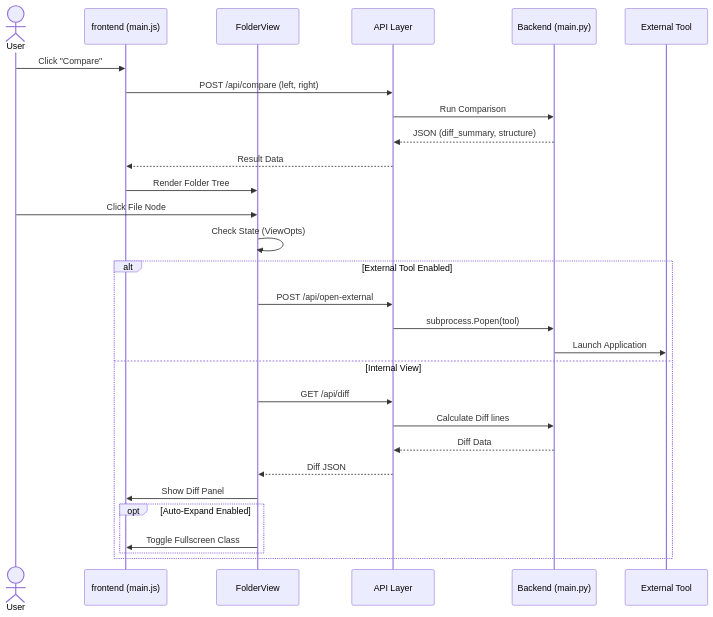
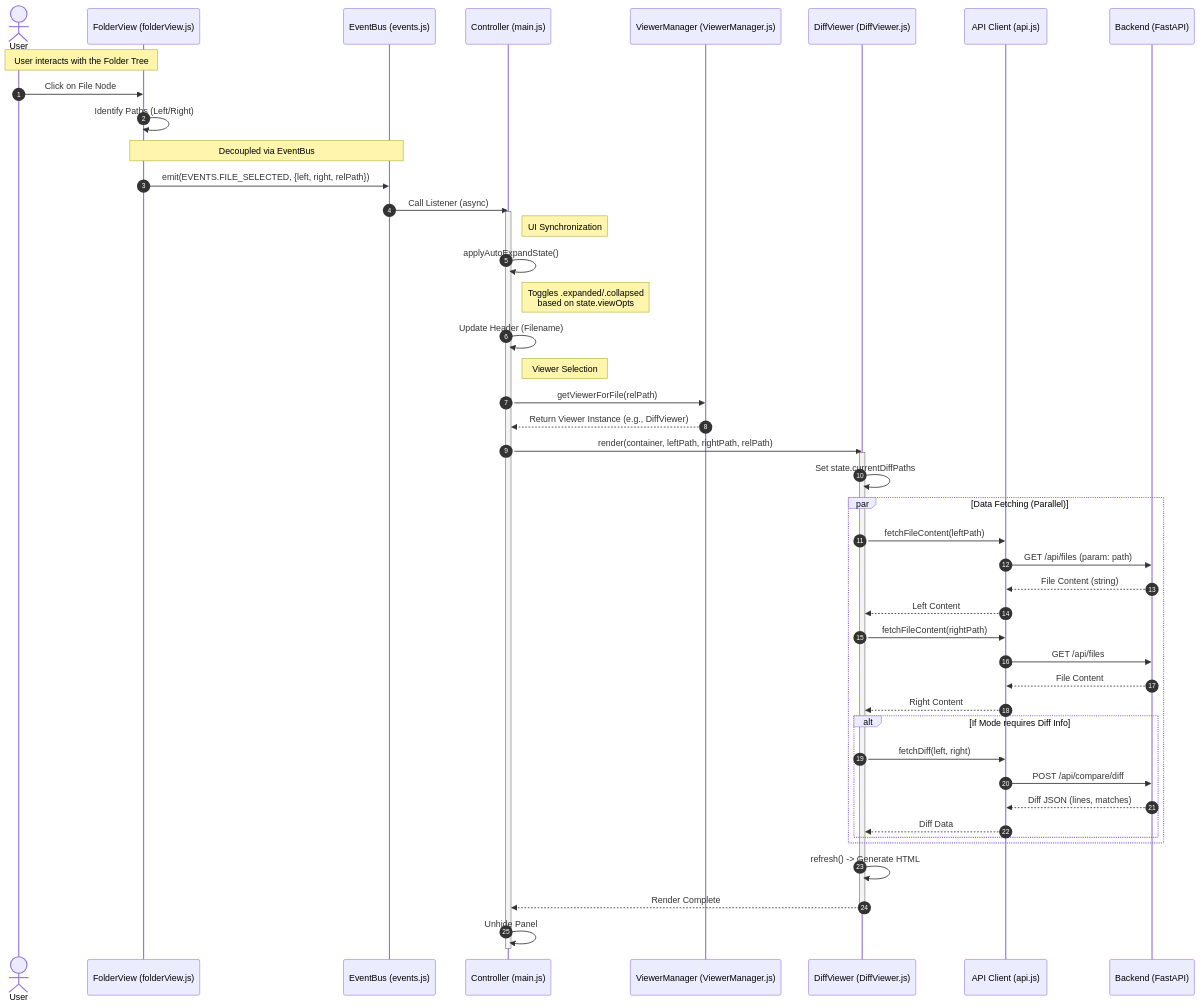
Before and after one commit to juitem/JFolderMerge: the first of 2 diagrams in docs/project_status.md, drawn with Mermaid. The commit also changed other lines of this file and 12 other files, not shown here.

````diff
--- a/docs/project_status.md
+++ b/docs/project_status.md
@@ -29,35 +29,65 @@
 ```mermaid
 sequenceDiagram
+    autonumber
+    
     actor User
-    participant UI as frontend (main.js)
-    participant FV as FolderView
-    participant API as API Layer
-    participant BE as Backend (main.py)
-    participant EXT as External Tool
+    participant FV as FolderView (folderView.js)
+    participant EB as EventBus (events.js)
+    participant Main as Controller (main.js)
+    participant VM as ViewerManager (ViewerManager.js)
+    participant DV as DiffViewer (DiffViewer.js)
+    participant API as API Client (api.js)
+    participant BE as Backend (FastAPI)
 
-    User->>UI: Click "Compare"
-    UI->>API: POST /api/compare (left, right)
-    API->>BE: Run Comparison
-    BE-->>API: JSON (diff_summary, structure)
-    API-->>UI: Result Data
-    UI->>FV: Render Folder Tree
+    Note over User, FV: User interacts with the Folder Tree
+
+    User->>FV: Click on File Node
+    FV->>FV: Identify Paths (Left/Right)
     
-    User->>FV: Click File Node
-    FV->>FV: Check State (ViewOpts)
+    Note over FV, EB: Decoupled via EventBus
+    FV->>EB: emit(EVENTS.FILE_SELECTED, {left, right, relPath})
     
-    alt External Tool Enabled
-        FV->>API: POST /api/open-external
-        API->>BE: subprocess.Popen(tool)
-        BE->>EXT: Launch Application
-    else Internal View
-        FV->>API: GET /api/diff
-        API->>BE: Calculate Diff lines
-        BE-->>API: Diff Data
-        API-->>FV: Diff JSON
-        FV->>UI: Show Diff Panel
+    EB->>Main: Call Listener (async)
+    
+    activate Main
+        Note right of Main: UI Synchronization
+        Main->>Main: applyAutoExpandState()
+        note right of Main: Toggles .expanded/.collapsed<br/>based on state.viewOpts
         
-        opt Auto-Expand Enabled
-            FV->>UI: Toggle Fullscreen Class
-        end
-    end
+        Main->>Main: Update Header (Filename)
+        
+        Note right of Main: Viewer Selection
+        Main->>VM: getViewerForFile(relPath)
+        VM-->>Main: Return Viewer Instance (e.g., DiffViewer)
+        
+        Main->>DV: render(container, leftPath, rightPath, relPath)
+        
+        activate DV
+            DV->>DV: Set state.currentDiffPaths
+            
+            par Data Fetching (Parallel)
+                DV->>API: fetchFileContent(leftPath)
+                API->>BE: GET /api/files (param: path)
+                BE-->>API: File Content (string)
+                API-->>DV: Left Content
+                
+                DV->>API: fetchFileContent(rightPath)
+                API->>BE: GET /api/files
+                BE-->>API: File Content
+                API-->>DV: Right Content
+                
+                alt If Mode requires Diff Info
+                    DV->>API: fetchDiff(left, right)
+                    API->>BE: POST /api/compare/diff
+                    BE-->>API: Diff JSON (lines, matches)
+                    API-->>DV: Diff Data
+                end
+            end
+            
+            DV->>DV: refresh() -> Generate HTML
+            DV-->>Main: Render Complete
+        deactivate DV
+        
+        Main->>Main: Unhide Panel
+    deactivate Main
 ```
````
